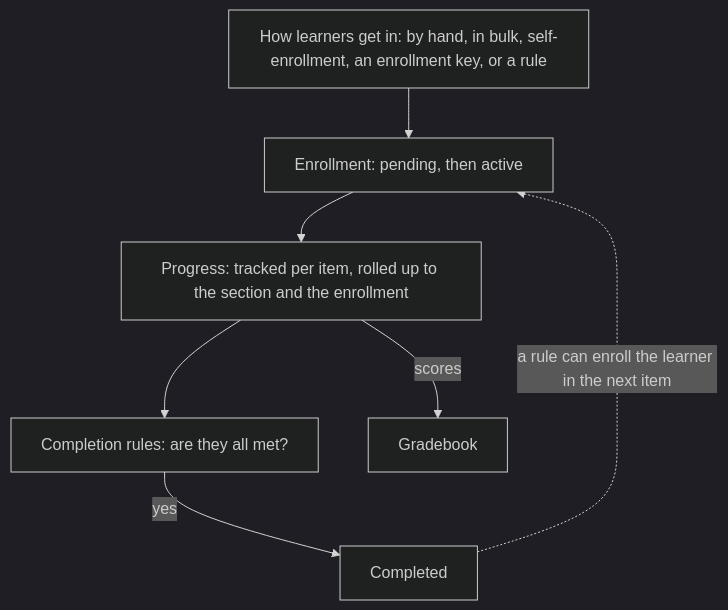
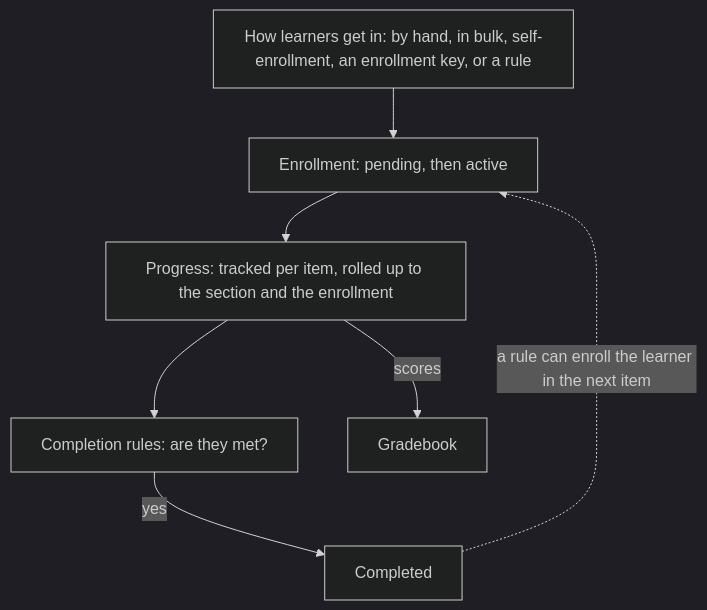
The third of 3 diagrams in docs-site/docs-current/getting-started/concepts.md (CMDxAI/CMDXAI-website), drawn with Mermaid (dark theme) before and after one commit. The commit also changed other lines of this file, not shown here.

Commit message:
Match role names and completion rules in the concepts page
Use the seeded Content Author role name, and say a quiz completes only
when the learner passes it.

````diff
--- a/docs-site/docs-current/getting-started/concepts.md
+++ b/docs-site/docs-current/getting-started/concepts.md
@@ -117,20 +117,20 @@
 ```mermaid
 ---
 config:
   flowchart:
     wrappingWidth: 300
 ---
 flowchart TB
   accTitle: A learner's path through an item
-  accDescr: A learner is enrolled by hand, in bulk, by enrolling themselves, with an enrollment key, or by a rule. The enrollment moves from pending to active. CMDX tracks progress on each item and rolls it up to the section and the enrollment. When all the completion rules are met, the item is completed. Scores also go to the gradebook. A completion rule can then enroll the learner in the next item.
+  accDescr: A learner is enrolled by hand, in bulk, by enrolling themselves, with an enrollment key, or by a rule. The enrollment moves from pending to active. CMDX tracks progress on each item and rolls it up to the section and the enrollment. When the completion rules are met, the item is completed. Scores also go to the gradebook. A completion rule can then enroll the learner in the next item.
 
   ways["How learners get in: by hand, in bulk, self-enrollment, an enrollment key, or a rule"]
   enrollment["Enrollment: pending, then active"]
   progress["Progress: tracked per item, rolled up to the section and the enrollment"]
-  rules["Completion rules: are they all met?"]
+  rules["Completion rules: are they met?"]
   done["Completed"]
   gradebook["Gradebook"]
   ways --> enrollment --> progress --> rules -- yes --> done
   progress -- scores --> gradebook
   done -. a rule can enroll the learner in the next item .-> enrollment
 ```
````
